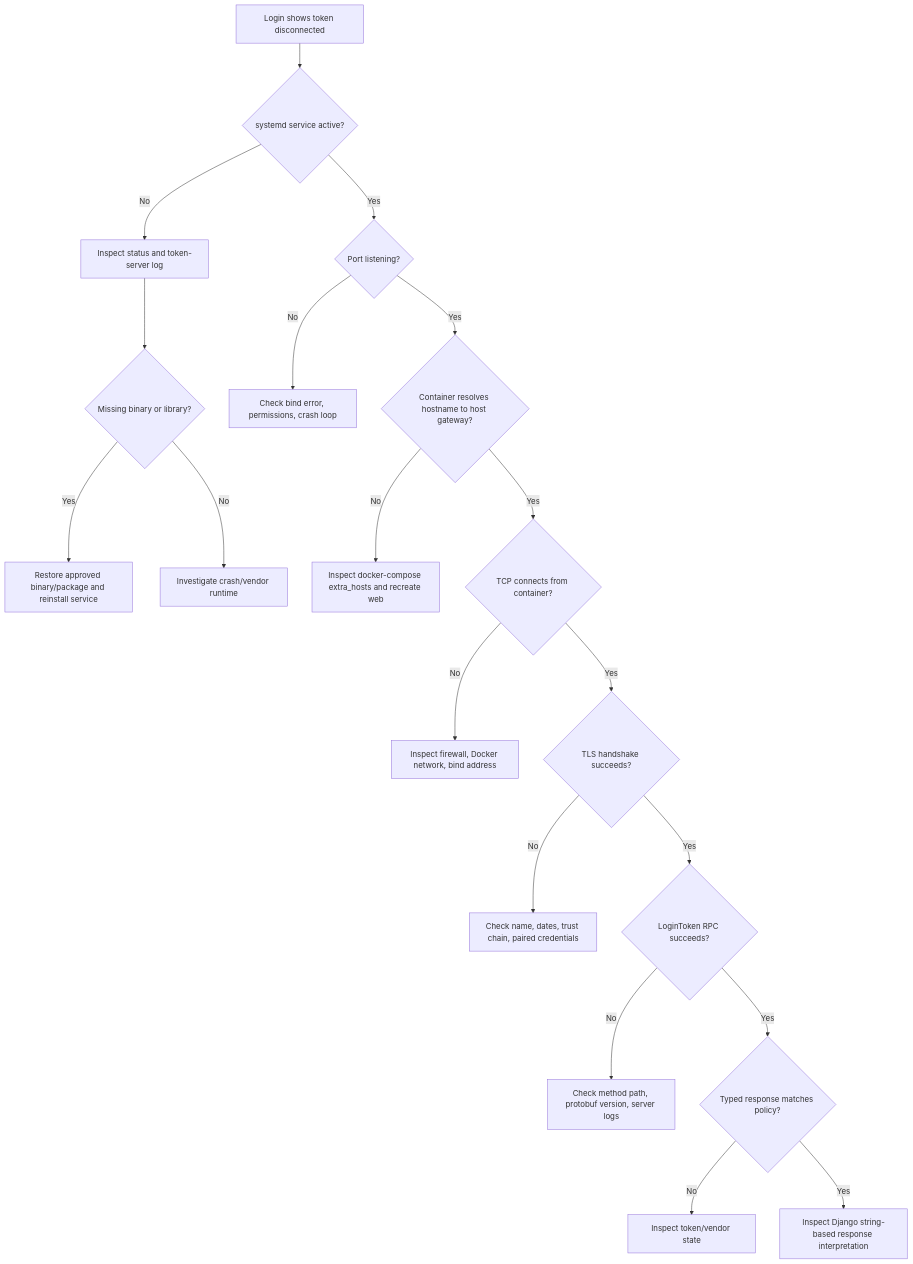
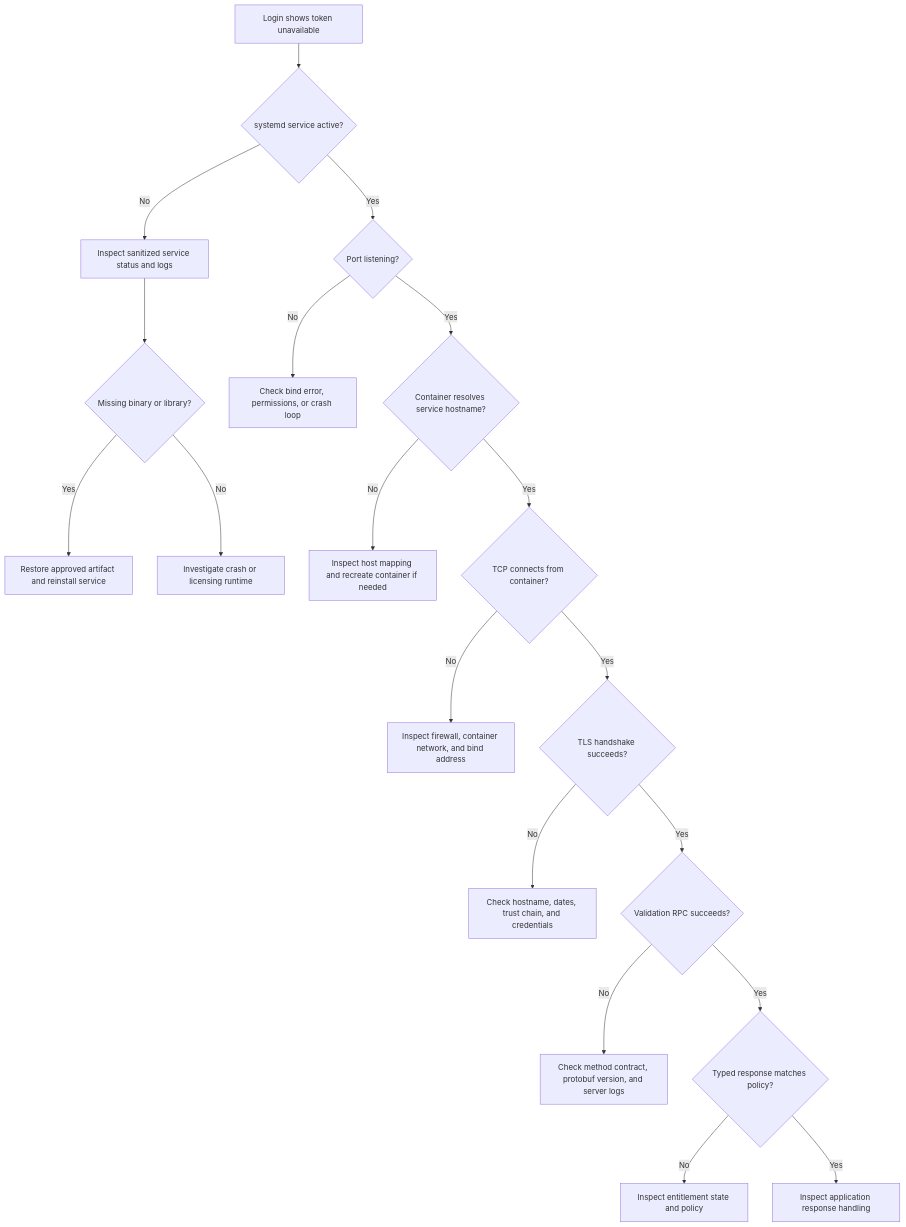
Before and after one commit to adelbordbari/adelbordbari.github.io: the sixth of 8 diagrams in _code/2026-06-27-grpc.md, drawn with Mermaid. The commit also changed other lines of this file, not shown here.

````diff
--- a/_code/2026-06-27-grpc.md
+++ b/_code/2026-06-27-grpc.md
@@ -381,22 +378,22 @@
 ```mermaid
 flowchart TD
-    A[Login shows token disconnected] --> B{systemd service active?}
-    B -- No --> B1[Inspect status and token-server log]
+    A[Login shows token unavailable] --> B{systemd service active?}
+    B -- No --> B1[Inspect sanitized service status and logs]
     B1 --> B2{Missing binary or library?}
-    B2 -- Yes --> B3[Restore approved binary/package and reinstall service]
-    B2 -- No --> B4[Investigate crash/vendor runtime]
+    B2 -- Yes --> B3[Restore approved artifact and reinstall service]
+    B2 -- No --> B4[Investigate crash or licensing runtime]
 
     B -- Yes --> C{Port listening?}
-    C -- No --> C1[Check bind error, permissions, crash loop]
-    C -- Yes --> D{Container resolves hostname to host gateway?}
-    D -- No --> D1[Inspect docker-compose extra_hosts and recreate web]
+    C -- No --> C1[Check bind error, permissions, or crash loop]
+    C -- Yes --> D{Container resolves service hostname?}
+    D -- No --> D1[Inspect host mapping and recreate container if needed]
     D -- Yes --> E{TCP connects from container?}
-    E -- No --> E1[Inspect firewall, Docker network, bind address]
+    E -- No --> E1[Inspect firewall, container network, and bind address]
     E -- Yes --> F{TLS handshake succeeds?}
-    F -- No --> F1[Check name, dates, trust chain, paired credentials]
-    F -- Yes --> G{LoginToken RPC succeeds?}
-    G -- No --> G1[Check method path, protobuf version, server logs]
+    F -- No --> F1[Check hostname, dates, trust chain, and credentials]
+    F -- Yes --> G{Validation RPC succeeds?}
+    G -- No --> G1[Check method contract, protobuf version, and server logs]
     G -- Yes --> H{Typed response matches policy?}
-    H -- No --> H1[Inspect token/vendor state]
-    H -- Yes --> I[Inspect Django string-based response interpretation]
+    H -- No --> H1[Inspect entitlement state and policy]
+    H -- Yes --> I[Inspect application response handling]
 ```
````
